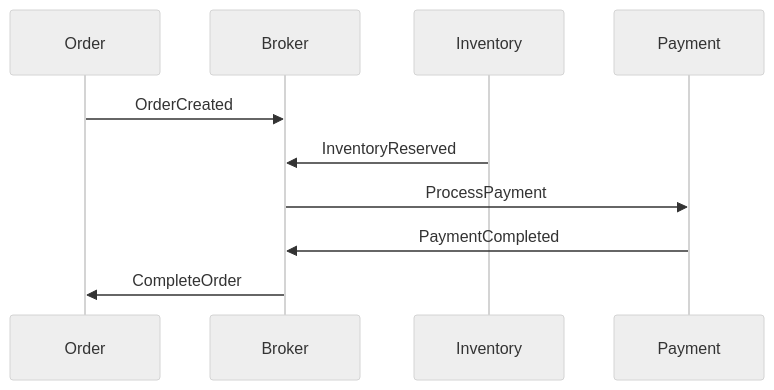
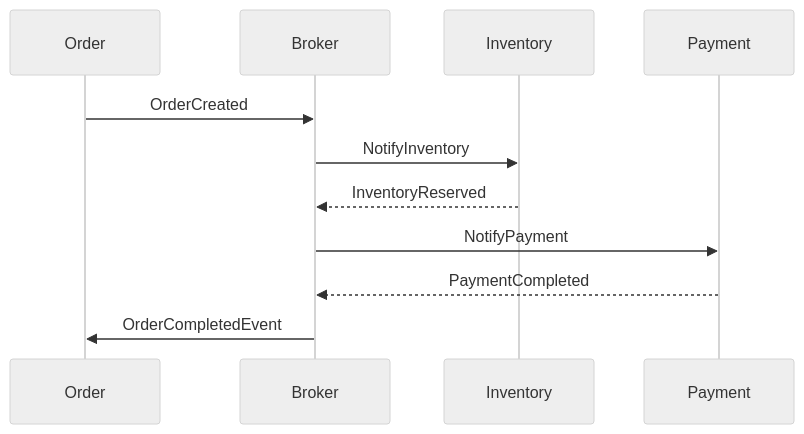
Before and after one commit to nbicocchi/learn-microservices: the seventh of 7 diagrams in modules/communication-async/slides/1 - Async communication.md, drawn with Mermaid (neutral theme). The commit also changed other lines of this file and 4 other files, not shown here.

````diff
--- a/modules/communication-async/slides/1 - Async communication.md
+++ b/modules/communication-async/slides/1 - Async communication.md
@@ -326,8 +334,10 @@
 ```mermaid
 sequenceDiagram
     Order ->> Broker: OrderCreated
-    Inventory ->> Broker: InventoryReserved
-    Broker ->> Payment: ProcessPayment
-    Payment ->> Broker: PaymentCompleted
-    Broker ->> Order: CompleteOrder
+    Broker ->> Inventory: NotifyInventory
+    Inventory -->> Broker: InventoryReserved
+    Broker ->> Payment: NotifyPayment
+    Payment -->> Broker: PaymentCompleted
+    Broker ->> Order: OrderCompletedEvent
+
 ```
````
